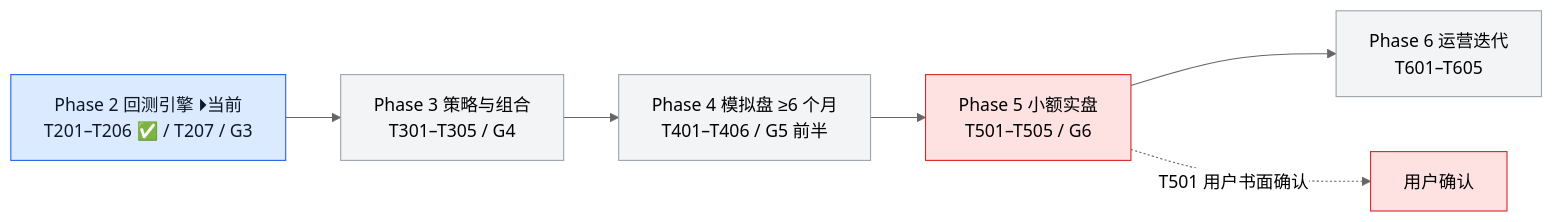
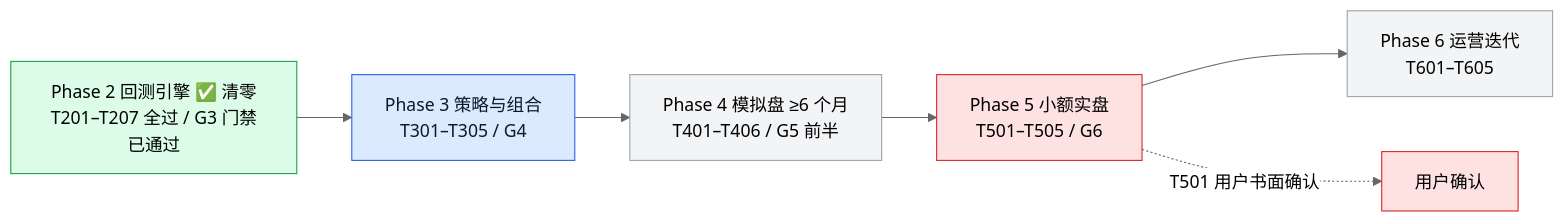
The fourth of 4 diagrams in docs/project_status_flowchart.md (YZml1507/FinAI2.0), drawn with Mermaid (neutral theme) before and after one commit. The commit also changed other lines of this file and 3 other files, not shown here.

Commit message:
docs: T207 状态标记 — CLAUDE.md §0/§5/§7 + spec 快照同步（research-finai 4adc368）+ 流程图 Phase 2 清零 / 当前位移 Phase 3

````diff
--- a/docs/project_status_flowchart.md
+++ b/docs/project_status_flowchart.md
@@ -74,14 +76,14 @@
 ```mermaid
 flowchart LR
-  P2[Phase 2 回测引擎 ⏵当前<br/>T201–T206 ✅ / T207 / G3] --> P3[Phase 3 策略与组合<br/>T301–T305 / G4]
+  P2[Phase 2 回测引擎 ✅ 清零<br/>T201–T207 全过 / G3 门禁已通过] --> P3[Phase 3 策略与组合<br/>T301–T305 / G4]
   P3 --> P4[Phase 4 模拟盘 ≥6 个月<br/>T401–T406 / G5 前半]
   P4 --> P5[Phase 5 小额实盘<br/>T501–T505 / G6]
   P5 --> P6[Phase 6 运营迭代<br/>T601–T605]
   P5 -.->|T501 用户书面确认| USER[用户确认]
-  style P2 fill:#dbeafe,stroke:#2563eb,color:#0f172a
-  style P3 fill:#f3f4f6,stroke:#9ca3af
+  style P2 fill:#dcfce7,stroke:#16a34a
+  style P3 fill:#dbeafe,stroke:#2563eb,color:#0f172a
   style P4 fill:#f3f4f6,stroke:#9ca3af
   style P5 fill:#fee2e2,stroke:#dc2626
   style P6 fill:#f3f4f6,stroke:#9ca3af
   style USER fill:#fee2e2,stroke:#dc2626
 ```
````
